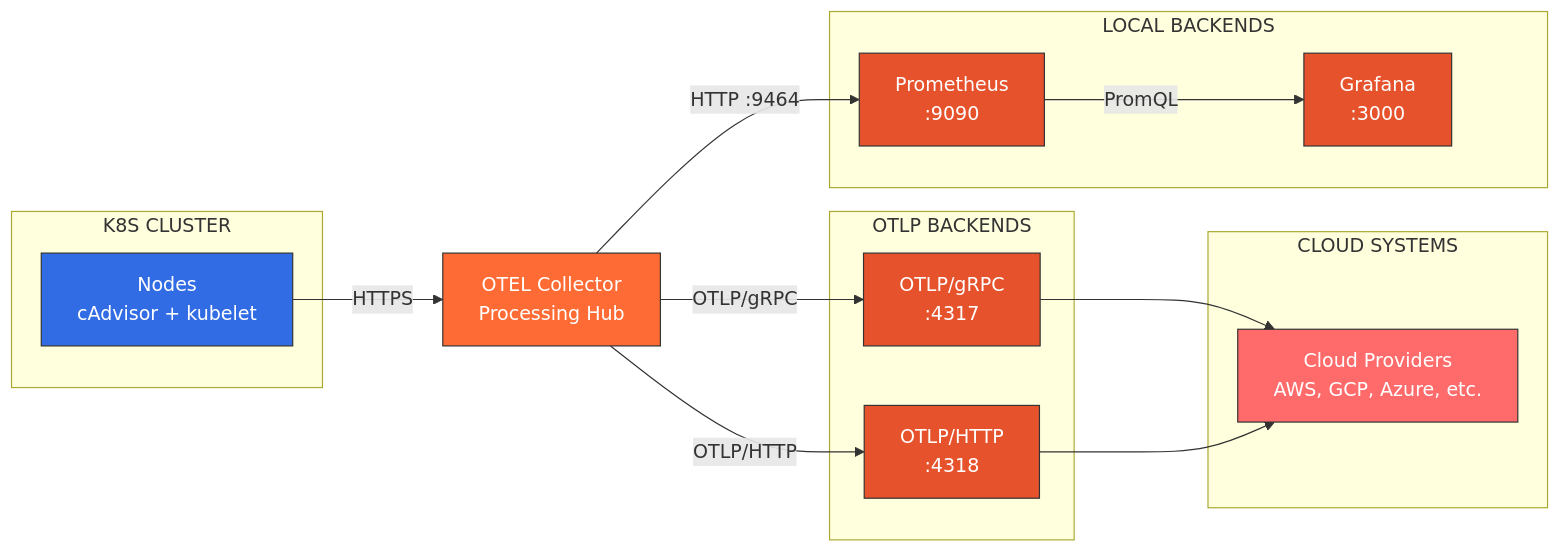
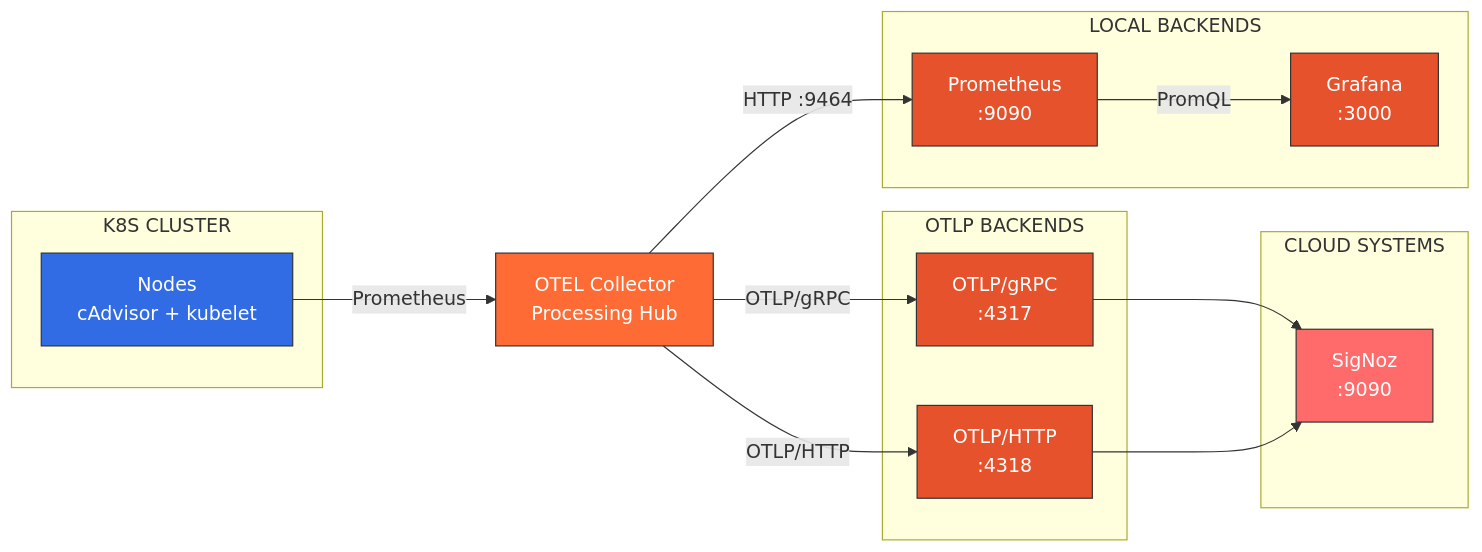
Before and after one commit to AEdral/prometheus-exporter: the first of 2 diagrams in README.md, drawn with Mermaid. The commit also changed 3 other files, not shown here.

````diff
--- a/README.md
+++ b/README.md
@@ -11,48 +11,48 @@
 ```mermaid
 graph LR
     %% Stile semplificato
     classDef k8s fill:#326ce5,stroke:#333,color:#fff
     classDef otel fill:#ff6b35,stroke:#333,color:#fff
     classDef backend fill:#e6522c,stroke:#333,color:#fff
     classDef cloud fill:#ff6b6b,stroke:#333,color:#fff
 
     %% Kubernetes Cluster (semplificato)
     subgraph "K8S CLUSTER"
         K8S[Nodes<br/>cAdvisor + kubelet]
     end
 
     %% OTEL Collector (centro)
     OTEL[OTEL Collector<br/>Processing Hub]
 
     %% Backend Locali
     subgraph "LOCAL BACKENDS"
         PROM[Prometheus<br/>:9090]
         GRAF[Grafana<br/>:3000]
     end
 
     %% Backend OTLP
     subgraph "OTLP BACKENDS"
         OTLP_GRPC[OTLP/gRPC<br/>:4317]
         OTLP_HTTP[OTLP/HTTP<br/>:4318]
     end
 
     %% Cloud Providers (semplificato)
     subgraph "CLOUD SYSTEMS"
-        CLOUD[Cloud Providers<br/>AWS, GCP, Azure, etc.]
+        CLOUD[SigNoz<br/>:9090]
     end
 
     %% Flussi principali
-    K8S -->|HTTPS| OTEL
+    K8S -->|Prometheus| OTEL
     OTEL -->|HTTP :9464| PROM
     OTEL -->|OTLP/gRPC| OTLP_GRPC
     OTEL -->|OTLP/HTTP| OTLP_HTTP
     PROM -->|PromQL| GRAF
     OTLP_GRPC --> CLOUD
     OTLP_HTTP --> CLOUD
 
     %% Applicazione classi
     class K8S k8s
     class OTEL otel
     class PROM,GRAF,OTLP_GRPC,OTLP_HTTP backend
     class CLOUD cloud
 ```
````
